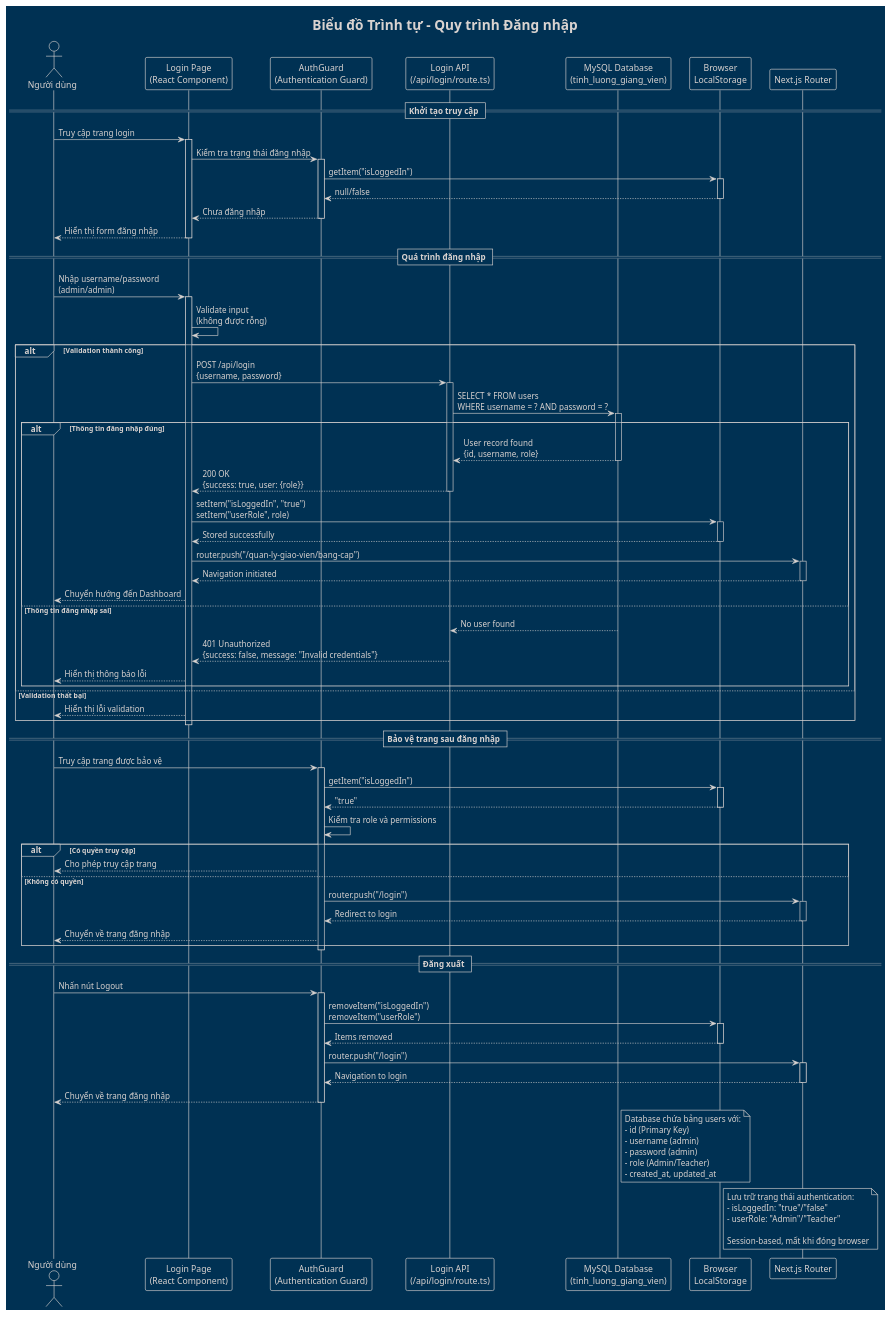
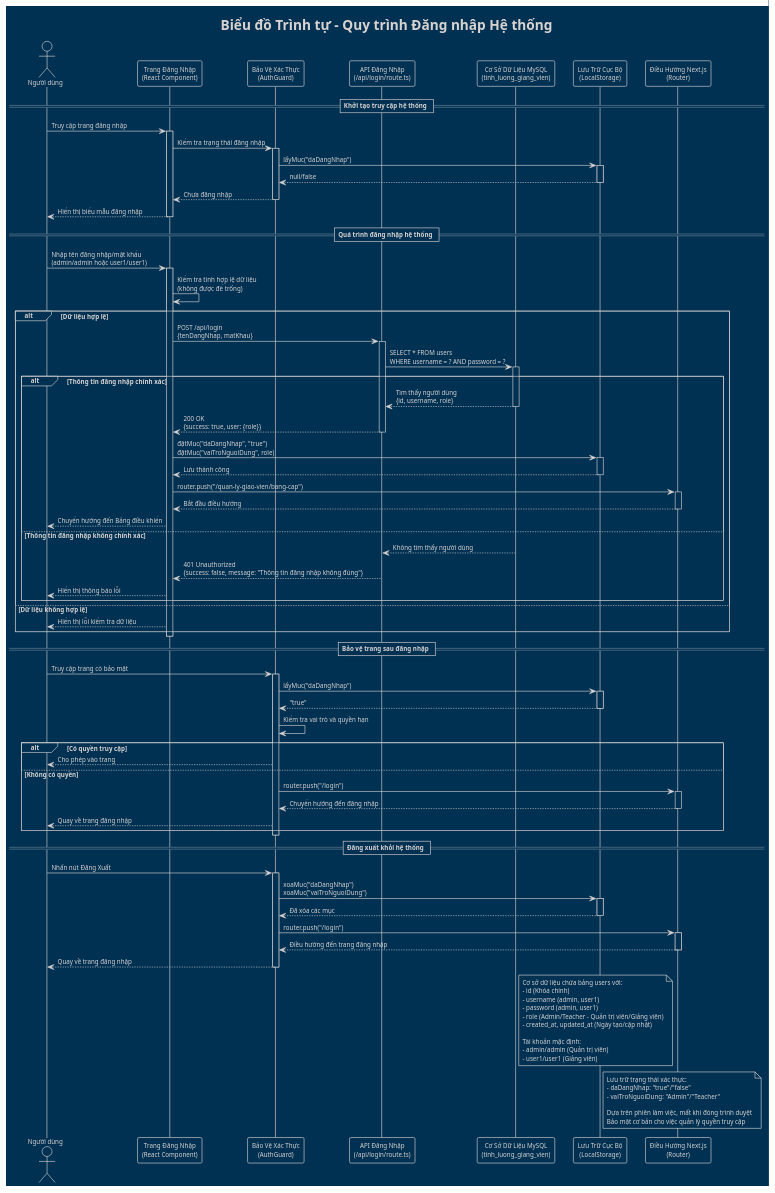
One commit to koangwithluv/PTTKPM25-26_ClassN05_Nhom3 changed the diagram in Documents/draw/sequence_diagram_login.puml. Above: the diagram before and after it, drawn with PlantUML. The commit also changed 13 other files, not shown here.

Commit message:
thêm biểu đồ gói; sửa ngôn ngữ biểu đồ trình tự, trạng thái

```diff
--- a/Documents/draw/sequence_diagram_login.puml
+++ b/Documents/draw/sequence_diagram_login.puml
@@ -1,136 +1,145 @@
 @startuml sequence_diagram_login
 !theme blueprint
-title Biểu đồ Trình tự - Quy trình Đăng nhập
 
-actor User as "Người dùng"
-participant LoginPage as "Login Page\n(React Component)"
-participant AuthGuard as "AuthGuard\n(Authentication Guard)"
-participant LoginAPI as "Login API\n(/api/login/route.ts)"
-participant Database as "MySQL Database\n(tinh_luong_giang_vien)"
-participant LocalStorage as "Browser\nLocalStorage"
-participant Router as "Next.js Router"
+skinparam defaultFontName "Arial Unicode MS"
+skinparam defaultFontSize 10
 
-== Khởi tạo truy cập ==
-User -> LoginPage : Truy cập trang login
-activate LoginPage
+title Biểu đồ Trình tự - Quy trình Đăng nhập Hệ thống
 
-LoginPage -> AuthGuard : Kiểm tra trạng thái đăng nhập
-activate AuthGuard
+actor NguoiDung as "Người dùng"
+participant TrangDangNhap as "Trang Đăng Nhập\n(React Component)"
+participant BaoVeXacThuc as "Bảo Vệ Xác Thực\n(AuthGuard)"
+participant APIDangNhap as "API Đăng Nhập\n(/api/login/route.ts)"
+participant CSDL as "Cơ Sở Dữ Liệu MySQL\n(tinh_luong_giang_vien)"
+participant LuuTruLocal as "Lưu Trữ Cục Bộ\n(LocalStorage)"
+participant DieuHuong as "Điều Hướng Next.js\n(Router)"
 
-AuthGuard -> LocalStorage : getItem("isLoggedIn")
-activate LocalStorage
-LocalStorage --> AuthGuard : null/false
-deactivate LocalStorage
+== Khởi tạo truy cập hệ thống ==
+NguoiDung -> TrangDangNhap : Truy cập trang đăng nhập
+activate TrangDangNhap
 
-AuthGuard --> LoginPage : Chưa đăng nhập
-deactivate AuthGuard
+TrangDangNhap -> BaoVeXacThuc : Kiểm tra trạng thái đăng nhập
+activate BaoVeXacThuc
 
-LoginPage --> User : Hiển thị form đăng nhập
-deactivate LoginPage
+BaoVeXacThuc -> LuuTruLocal : lấyMuc("daDangNhap")
+activate LuuTruLocal
+LuuTruLocal --> BaoVeXacThuc : null/false
+deactivate LuuTruLocal
 
-== Quá trình đăng nhập ==
-User -> LoginPage : Nhập username/password\n(admin/admin)
-activate LoginPage
+BaoVeXacThuc --> TrangDangNhap : Chưa đăng nhập
+deactivate BaoVeXacThuc
 
-LoginPage -> LoginPage : Validate input\n(không được rỗng)
+TrangDangNhap --> NguoiDung : Hiển thị biểu mẫu đăng nhập
+deactivate TrangDangNhap
 
-alt Validation thành công
-    LoginPage -> LoginAPI : POST /api/login\n{username, password}
-    activate LoginAPI
+== Quá trình đăng nhập hệ thống ==
+NguoiDung -> TrangDangNhap : Nhập tên đăng nhập/mật khẩu\n(admin/admin hoặc user1/user1)
+activate TrangDangNhap
+
+TrangDangNhap -> TrangDangNhap : Kiểm tra tính hợp lệ dữ liệu\n(không được để trống)
+
+alt Dữ liệu hợp lệ
+    TrangDangNhap -> APIDangNhap : POST /api/login\n{tenDangNhap, matKhau}
+    activate APIDangNhap
     
-    LoginAPI -> Database : SELECT * FROM users\nWHERE username = ? AND password = ?
-    activate Database
+    APIDangNhap -> CSDL : SELECT * FROM users\nWHERE username = ? AND password = ?
+    activate CSDL
     
-    alt Thông tin đăng nhập đúng
-        Database --> LoginAPI : User record found\n{id, username, role}
-        deactivate Database
+    alt Thông tin đăng nhập chính xác
+        CSDL --> APIDangNhap : Tìm thấy người dùng\n{id, username, role}
+        deactivate CSDL
         
-        LoginAPI --> LoginPage : 200 OK\n{success: true, user: {role}}
-        deactivate LoginAPI
+        APIDangNhap --> TrangDangNhap : 200 OK\n{success: true, user: {role}}
+        deactivate APIDangNhap
         
-        LoginPage -> LocalStorage : setItem("isLoggedIn", "true")\nsetItem("userRole", role)
-        activate LocalStorage
-        LocalStorage --> LoginPage : Stored successfully
-        deactivate LocalStorage
+        TrangDangNhap -> LuuTruLocal : đặtMuc("daDangNhap", "true")\nđặtMuc("vaiTroNguoiDung", role)
+        activate LuuTruLocal
+        LuuTruLocal --> TrangDangNhap : Lưu thành công
+        deactivate LuuTruLocal
         
-        LoginPage -> Router : router.push("/quan-ly-giao-vien/bang-cap")
-        activate Router
-        Router --> LoginPage : Navigation initiated
-        deactivate Router
+        TrangDangNhap -> DieuHuong : router.push("/quan-ly-giao-vien/bang-cap")
+        activate DieuHuong
+        DieuHuong --> TrangDangNhap : Bắt đầu điều hướng
+        deactivate DieuHuong
         
-        LoginPage --> User : Chuyển hướng đến Dashboard
+        TrangDangNhap --> NguoiDung : Chuyển hướng đến Bảng điều khiển
         
-    else Thông tin đăng nhập sai
-        Database --> LoginAPI : No user found
-        deactivate Database
+    else Thông tin đăng nhập không chính xác
+        CSDL --> APIDangNhap : Không tìm thấy người dùng
+        deactivate CSDL
         
-        LoginAPI --> LoginPage : 401 Unauthorized\n{success: false, message: "Invalid credentials"}
-        deactivate LoginAPI
+        APIDangNhap --> TrangDangNhap : 401 Unauthorized\n{success: false, message: "Thông tin đăng nhập không đúng"}
+        deactivate APIDangNhap
         
-        LoginPage --> User : Hiển thị thông báo lỗi
+        TrangDangNhap --> NguoiDung : Hiển thị thông báo lỗi
     end
     
-else Validation thất bại
-    LoginPage --> User : Hiển thị lỗi validation
+else Dữ liệu không hợp lệ
+    TrangDangNhap --> NguoiDung : Hiển thị lỗi kiểm tra dữ liệu
 end
 
-deactivate LoginPage
+deactivate TrangDangNhap
 
 == Bảo vệ trang sau đăng nhập ==
-User -> AuthGuard : Truy cập trang được bảo vệ
-activate AuthGuard
+NguoiDung -> BaoVeXacThuc : Truy cập trang có bảo mật
+activate BaoVeXacThuc
 
-AuthGuard -> LocalStorage : getItem("isLoggedIn")
-activate LocalStorage
-LocalStorage --> AuthGuard : "true"
-deactivate LocalStorage
+BaoVeXacThuc -> LuuTruLocal : lấyMuc("daDangNhap")
+activate LuuTruLocal
+LuuTruLocal --> BaoVeXacThuc : "true"
+deactivate LuuTruLocal
 
-AuthGuard -> AuthGuard : Kiểm tra role và permissions
+BaoVeXacThuc -> BaoVeXacThuc : Kiểm tra vai trò và quyền hạn
 
 alt Có quyền truy cập
-    AuthGuard --> User : Cho phép truy cập trang
+    BaoVeXacThuc --> NguoiDung : Cho phép vào trang
 else Không có quyền
-    AuthGuard -> Router : router.push("/login")
-    activate Router
-    Router --> AuthGuard : Redirect to login
-    deactivate Router
-    AuthGuard --> User : Chuyển về trang đăng nhập
+    BaoVeXacThuc -> DieuHuong : router.push("/login")
+    activate DieuHuong
+    DieuHuong --> BaoVeXacThuc : Chuyển hướng đến đăng nhập
+    deactivate DieuHuong
+    BaoVeXacThuc --> NguoiDung : Quay về trang đăng nhập
 end
 
-deactivate AuthGuard
+deactivate BaoVeXacThuc
 
-== Đăng xuất ==
-User -> AuthGuard : Nhấn nút Logout
-activate AuthGuard
+== Đăng xuất khỏi hệ thống ==
+NguoiDung -> BaoVeXacThuc : Nhấn nút Đăng Xuất
+activate BaoVeXacThuc
 
-AuthGuard -> LocalStorage : removeItem("isLoggedIn")\nremoveItem("userRole")
-activate LocalStorage
-LocalStorage --> AuthGuard : Items removed
-deactivate LocalStorage
+BaoVeXacThuc -> LuuTruLocal : xoaMuc("daDangNhap")\nxoaMuc("vaiTroNguoiDung")
+activate LuuTruLocal
+LuuTruLocal --> BaoVeXacThuc : Đã xóa các mục
+deactivate LuuTruLocal
 
-AuthGuard -> Router : router.push("/login")
-activate Router
-Router --> AuthGuard : Navigation to login
-deactivate Router
+BaoVeXacThuc -> DieuHuong : router.push("/login")
+activate DieuHuong
+DieuHuong --> BaoVeXacThuc : Điều hướng đến trang đăng nhập
+deactivate DieuHuong
 
-AuthGuard --> User : Chuyển về trang đăng nhập
-deactivate AuthGuard
+BaoVeXacThuc --> NguoiDung : Quay về trang đăng nhập
+deactivate BaoVeXacThuc
 
-note right of Database
-    Database chứa bảng users với:
-    - id (Primary Key)
-    - username (admin)
-    - password (admin)
-    - role (Admin/Teacher)
-    - created_at, updated_at
+note right of CSDL
+    Cơ sở dữ liệu chứa bảng users với:
+    - id (Khóa chính)
+    - username (admin, user1)
+    - password (admin, user1) 
+    - role (Admin/Teacher - Quản trị viên/Giảng viên)
+    - created_at, updated_at (Ngày tạo/cập nhật)
+    
+    Tài khoản mặc định:
+    - admin/admin (Quản trị viên)
+    - user1/user1 (Giảng viên)
 end note
 
-note right of LocalStorage
-    Lưu trữ trạng thái authentication:
-    - isLoggedIn: "true"/"false"
-    - userRole: "Admin"/"Teacher"
+note right of LuuTruLocal
+    Lưu trữ trạng thái xác thực:
+    - daDangNhap: "true"/"false"
+    - vaiTroNguoiDung: "Admin"/"Teacher"
     
-    Session-based, mất khi đóng browser
+    Dựa trên phiên làm việc, mất khi đóng trình duyệt
+    Bảo mật cơ bản cho việc quản lý quyền truy cập
 end note
 
 @enduml
```
